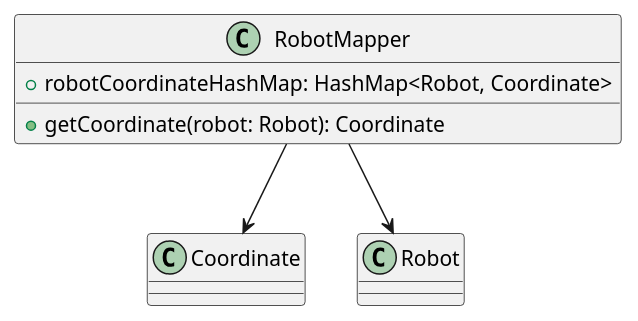
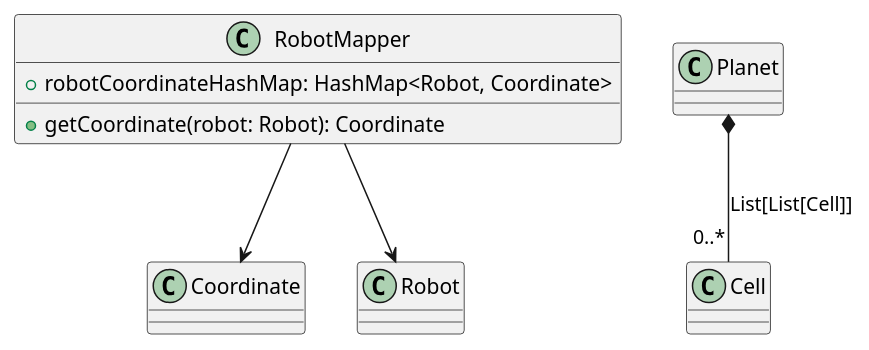
One commit to LEBOCQTitouan/ia-ensicaen-colonisation changed the diagram in uml/module/Geography.puml. Above: the diagram before and after it, drawn with PlantUML. The commit also changed 4 other files, not shown here.

```diff
--- a/uml/module/Geography.puml
+++ b/uml/module/Geography.puml
@@ -1,14 +1,19 @@
 @startuml
 'https://plantuml.com/class-diagram
 
 Class Coordinate {}
 Class Robot {}
 Class RobotMapper {
     + robotCoordinateHashMap: HashMap<Robot, Coordinate>
     + getCoordinate(robot: Robot): Coordinate
 }
 
 RobotMapper --> Robot
 RobotMapper --> Coordinate
 
+Class Planet {}
+Class Cell {}
+
+Planet *-- "0..*" Cell : List[List[Cell]]
+
 @enduml
```
